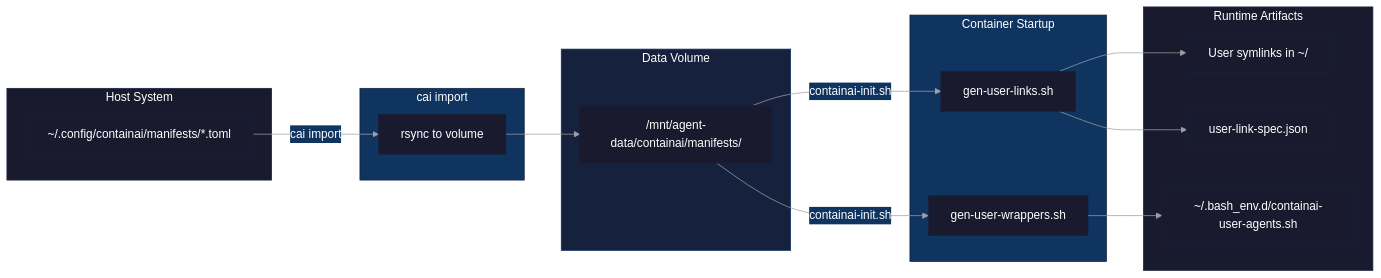
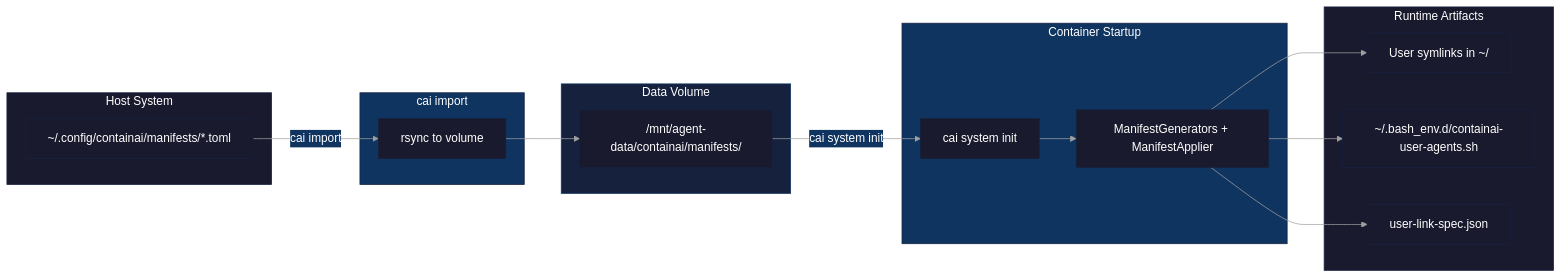
One commit to novotnyllc/ContainAI changed the third of 3 diagrams in docs/sync-architecture.md. Above: the diagram before and after it, drawn with Mermaid. The commit also changed other lines of this file and 9 other files, not shown here.

````diff
--- a/docs/sync-architecture.md
+++ b/docs/sync-architecture.md
@@ -375,49 +375,49 @@
 ```mermaid
 %%{init: {'theme': 'base', 'themeVariables': {
   'primaryColor': '#1a1a2e',
   'primaryTextColor': '#ffffff',
   'primaryBorderColor': '#16213e',
   'secondaryColor': '#0f3460',
   'tertiaryColor': '#1a1a2e',
   'lineColor': '#a0a0a0',
   'textColor': '#ffffff',
   'background': '#0d1117'
 }}}%%
 flowchart LR
     subgraph Host["Host System"]
         UserManifests["~/.config/containai/manifests/*.toml"]
     end
 
     subgraph Import["cai import"]
         SyncOp["rsync to volume"]
     end
 
     subgraph Volume["Data Volume"]
         VolManifests["/mnt/agent-data/containai/manifests/"]
     end
 
     subgraph Container["Container Startup"]
-        GenLinks["gen-user-links.sh"]
-        GenWrappers["gen-user-wrappers.sh"]
+        InitRuntime["cai system init"]
+        ManifestRuntime["ManifestGenerators + ManifestApplier"]
     end
 
     subgraph Runtime["Runtime Artifacts"]
         Symlinks["User symlinks in ~/"]
         WrapperFuncs["~/.bash_env.d/containai-user-agents.sh"]
         LinkSpec["user-link-spec.json"]
     end
 
     UserManifests -->|"cai import"| SyncOp
     SyncOp --> VolManifests
-    VolManifests -->|"containai-init.sh"| GenLinks
-    VolManifests -->|"containai-init.sh"| GenWrappers
-    GenLinks --> Symlinks
-    GenLinks --> LinkSpec
-    GenWrappers --> WrapperFuncs
+    VolManifests -->|"cai system init"| InitRuntime
+    InitRuntime --> ManifestRuntime
+    ManifestRuntime --> Symlinks
+    ManifestRuntime --> LinkSpec
+    ManifestRuntime --> WrapperFuncs
 
     style Host fill:#1a1a2e,stroke:#16213e,color:#fff
     style Import fill:#0f3460,stroke:#16213e,color:#fff
     style Volume fill:#16213e,stroke:#0f3460,color:#fff
     style Container fill:#0f3460,stroke:#16213e,color:#fff
     style Runtime fill:#1a1a2e,stroke:#16213e,color:#fff
 ```
````
